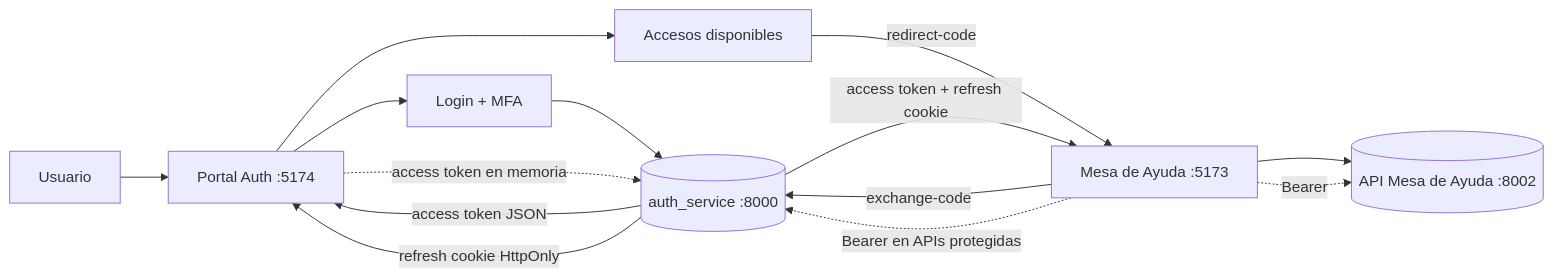
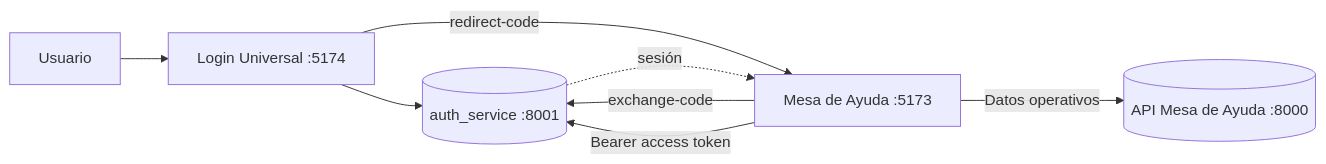
The diagram in README.md (Javiergr99/Mesa_de_Ayuda_2.0), drawn with Mermaid before and after one commit. The commit also changed other lines of this file, not shown here.

````diff
--- a/README.md
+++ b/README.md
@@ -145,20 +181,16 @@
 ```mermaid
 flowchart LR
-    U[Usuario] --> AUTH[Portal Auth :5174]
-    AUTH --> LOGIN[Login + MFA]
-    LOGIN --> AS[(auth_service :8000)]
+    U[Usuario] --> LOGIN[Login Universal :5174]
 
-    AS -->|access token JSON| AUTH
-    AS -->|refresh cookie HttpOnly| AUTH
+    LOGIN --> AUTH[(auth_service :8001)]
 
-    AUTH --> ACCESS[Accesos disponibles]
-    ACCESS -->|redirect-code| APP[Mesa de Ayuda :5173]
-    APP -->|exchange-code| AS
-    AS -->|access token + refresh cookie| APP
+    LOGIN -->|redirect-code| MESA[Mesa de Ayuda :5173]
 
-    APP --> CORE[(API Mesa de Ayuda :8002)]
+    MESA -->|exchange-code| AUTH
 
-    AUTH -. access token en memoria .-> AS
-    APP -. Bearer en APIs protegidas .-> AS
-    APP -. Bearer .-> CORE
+    MESA -->|Bearer access token| AUTH
+
+    MESA -->|Datos operativos| API[(API Mesa de Ayuda :8000)]
+
+    AUTH -. sesión .-> MESA
 ```
````
